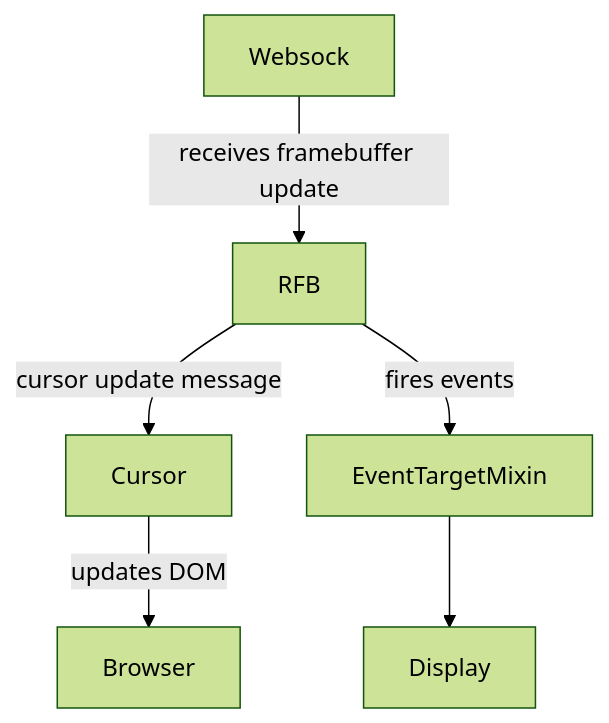
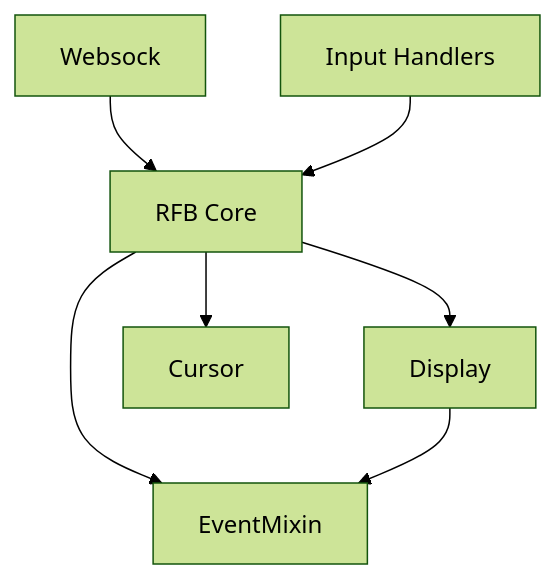
One commit to Ylianst/MeshCentral changed the sixth of 6 diagrams in docs/reference/architecture/utility/utility.md. Above: the diagram before and after it, drawn with Mermaid (forest theme). The commit also changed other lines of this file and 642 other files, not shown here.

````diff
--- a/docs/reference/architecture/utility/utility.md
+++ b/docs/reference/architecture/utility/utility.md
@@ -208,9 +243,9 @@
 ```mermaid
 flowchart TD
-    Websock["Websock"] -->|"receives framebuffer update"| RFB["RFB"]
-    RFB -->|"cursor update message"| Cursor["Cursor"]
-    Cursor -->|"updates DOM"| Browser["Browser"]
-
-    RFB -->|"fires events"| EventTarget["EventTargetMixin"]
-    EventTarget --> Display["Display"]
+    Websock["Websock"] --> RFB["RFB Core"]
+    RFB --> Display["Display"]
+    RFB --> Cursor
+    RFB --> EventMixin
+    Display --> EventMixin
+    InputHandlers["Input Handlers"] --> RFB
 ```
````
